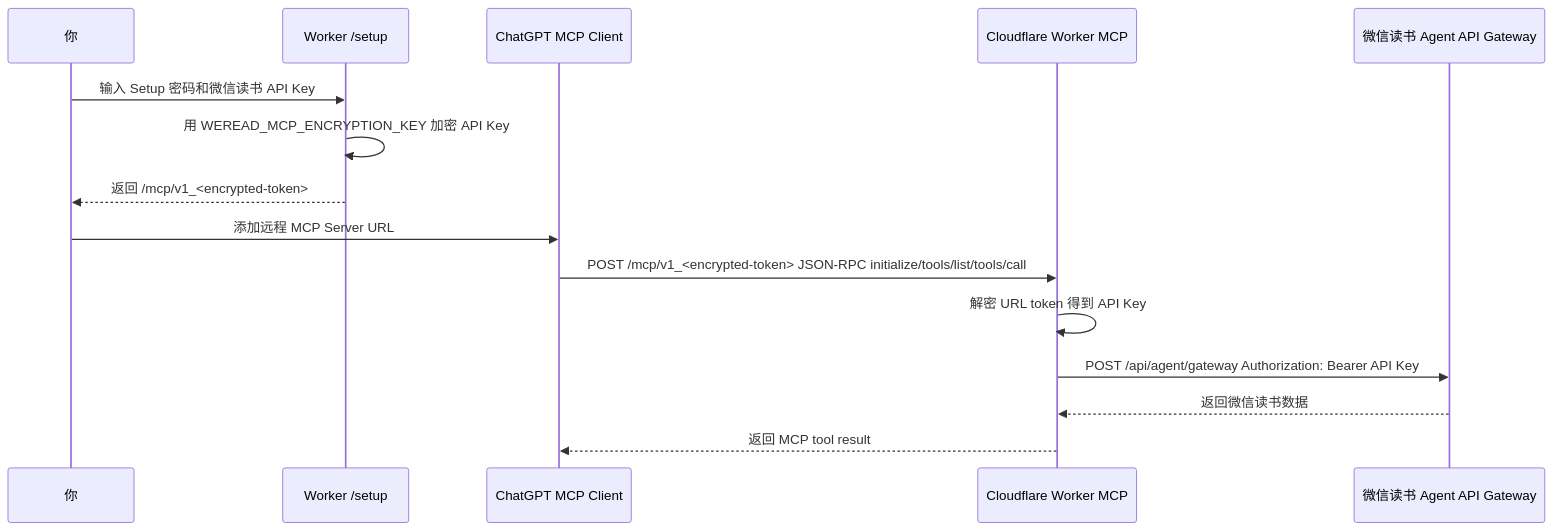
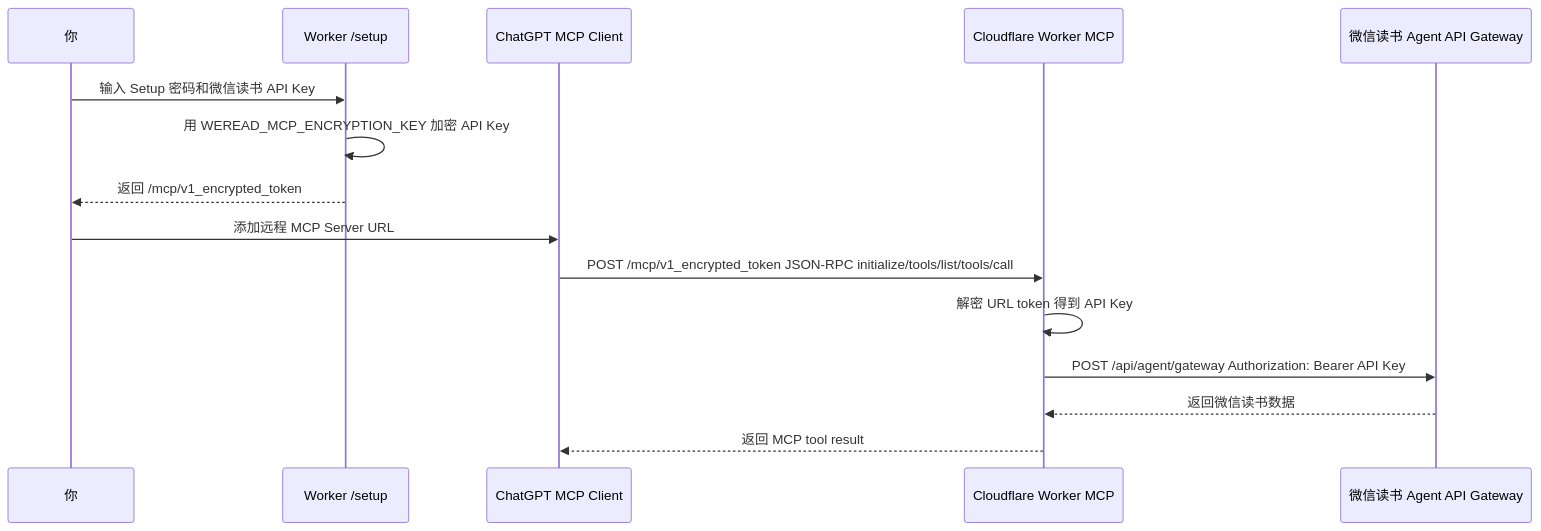
One commit to xJogger/weread-mcp-worker changed the diagram in README.md. Above: the diagram before and after it, drawn with Mermaid.

Commit message:
Fix Mermaid diagram rendering

````diff
--- a/README.md
+++ b/README.md
@@ -91,18 +91,18 @@
 ```mermaid
 sequenceDiagram
   participant User as 你
   participant Setup as Worker /setup
   participant ChatGPT as ChatGPT MCP Client
   participant Worker as Cloudflare Worker MCP
   participant WeRead as 微信读书 Agent API Gateway
 
   User->>Setup: 输入 Setup 密码和微信读书 API Key
   Setup->>Setup: 用 WEREAD_MCP_ENCRYPTION_KEY 加密 API Key
-  Setup-->>User: 返回 /mcp/v1_<encrypted-token>
+  Setup-->>User: 返回 /mcp/v1_encrypted_token
   User->>ChatGPT: 添加远程 MCP Server URL
-  ChatGPT->>Worker: POST /mcp/v1_<encrypted-token> JSON-RPC initialize/tools/list/tools/call
+  ChatGPT->>Worker: POST /mcp/v1_encrypted_token JSON-RPC initialize/tools/list/tools/call
   Worker->>Worker: 解密 URL token 得到 API Key
   Worker->>WeRead: POST /api/agent/gateway Authorization: Bearer API Key
   WeRead-->>Worker: 返回微信读书数据
   Worker-->>ChatGPT: 返回 MCP tool result
 ```
````
